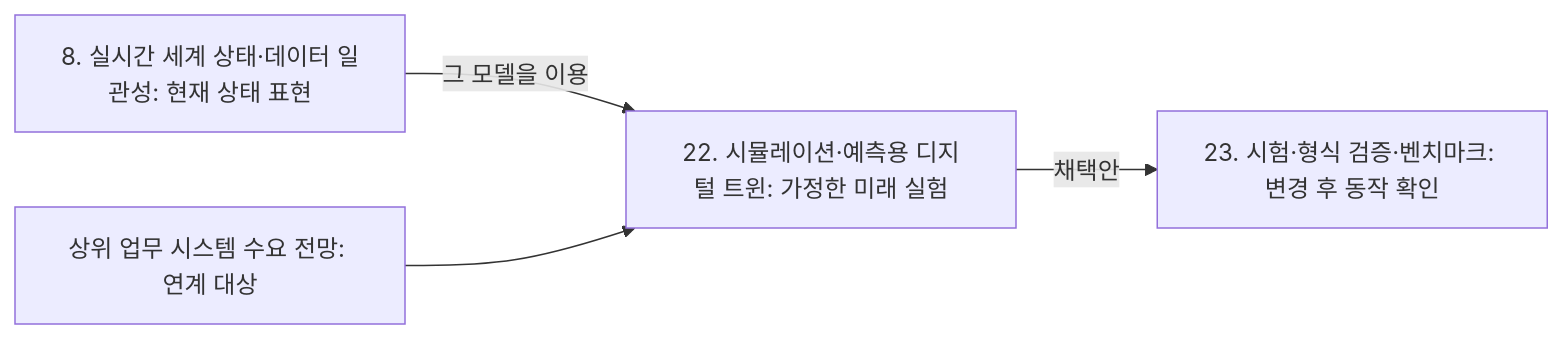
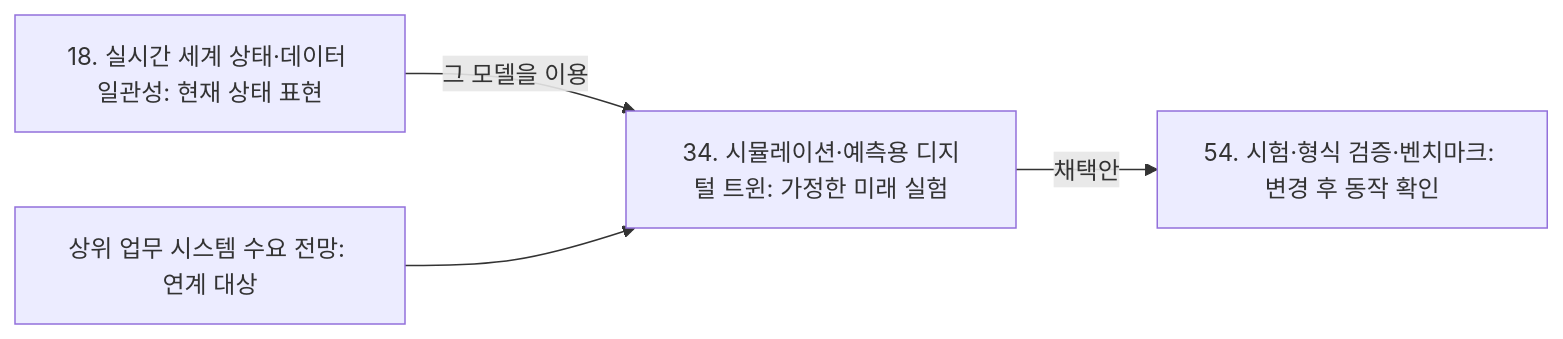
The diagram in rop-wiki/docs/topics/2026/2026-09-25-area22-s4.md (MJKIM84/ai-hub), drawn with Mermaid before and after one commit. The commit also changed other lines of this file and 1243 other files, not shown here.

````diff
--- a/rop-wiki/docs/topics/2026/2026-09-25-area22-s4.md
+++ b/rop-wiki/docs/topics/2026/2026-09-25-area22-s4.md
@@ -47,6 +47,6 @@
 ```mermaid
 flowchart LR
-  WS["8. 실시간 세계 상태·데이터 일관성: 현재 상태 표현"] -->|그 모델을 이용| SIM["22. 시뮬레이션·예측용 디지털 트윈: 가정한 미래 실험"]
+  WS["18. 실시간 세계 상태·데이터 일관성: 현재 상태 표현"] -->|그 모델을 이용| SIM["34. 시뮬레이션·예측용 디지털 트윈: 가정한 미래 실험"]
   DEM["상위 업무 시스템 수요 전망: 연계 대상"] --> SIM
-  SIM -->|채택안| TEST["23. 시험·형식 검증·벤치마크: 변경 후 동작 확인"]
+  SIM -->|채택안| TEST["54. 시험·형식 검증·벤치마크: 변경 후 동작 확인"]
 ```
````
